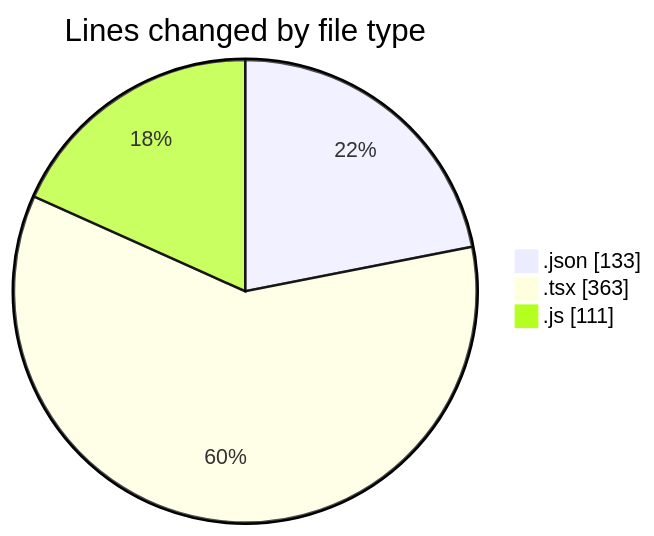
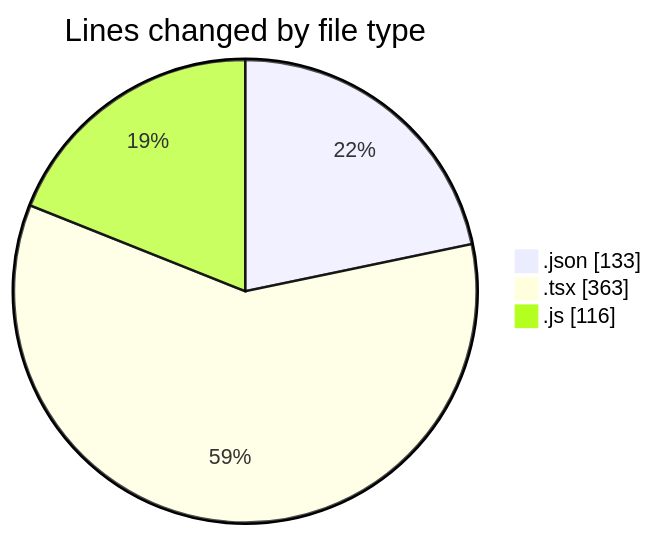
Before and after one commit to momahboobian/code-tracking: the first of 2 diagrams in 2026-01-14/cda/README.md, drawn with Mermaid. The commit also changed other lines of this file and 1 other file, not shown here.

````diff
--- a/2026-01-14/cda/README.md
+++ b/2026-01-14/cda/README.md
@@ -25,7 +25,7 @@
 ```mermaid
 pie showData
 title Lines changed by file type
 ".json" : 133
 ".tsx" : 363
-".js" : 111
+".js" : 116
 ```
````
